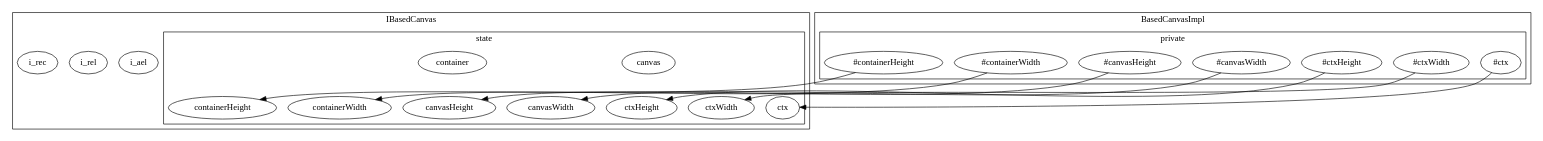
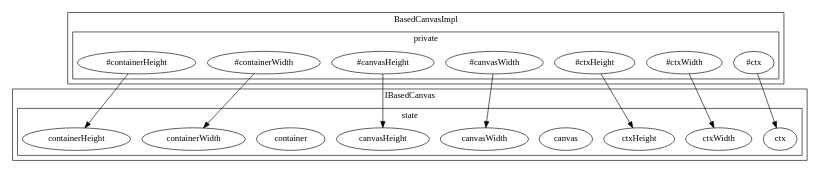
The diagram in src/BasedCanvas.dot (coalpha/based-canvas), drawn with Graphviz before and after one commit. The commit also changed 16 other files, not shown here.

```diff
--- a/src/BasedCanvas.dot
+++ b/src/BasedCanvas.dot
@@ -1,46 +1,42 @@
 digraph lib {
    // rankdir=LR
-   newrank="true"
    subgraph cluster_IBasedCanvas {
       label="IBasedCanvas"
-      i_ael
-      i_rel
-      i_rec
       subgraph cluster_state {
          label="state"
          ctx
          ctxWidth
          ctxHeight
 
          canvas
          canvasWidth
          canvasHeight
 
          container
          containerWidth
          containerHeight
       }
 
    }
 
    subgraph cluster_BasedCanvasImpl {
       label="BasedCanvasImpl"
       subgraph cluster_private {
          label="private"
          "#ctx"
          "#ctxWidth"
          "#ctxHeight"
          "#canvasWidth"
          "#canvasHeight"
          "#containerWidth"
          "#containerHeight"
       }
       "#ctx" -> ctx
       "#ctxWidth" -> ctxWidth
       "#ctxHeight" -> ctxHeight
       "#canvasWidth" -> canvasWidth
       "#canvasHeight" -> canvasHeight
       "#containerWidth" -> containerWidth
       "#containerHeight" -> containerHeight
    }
 }
```
